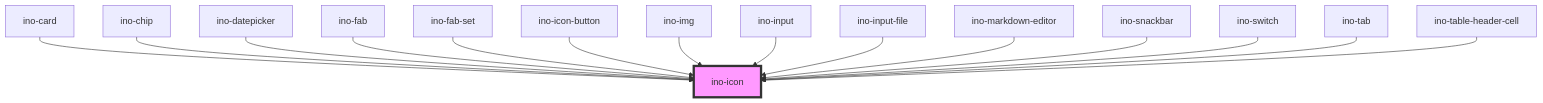
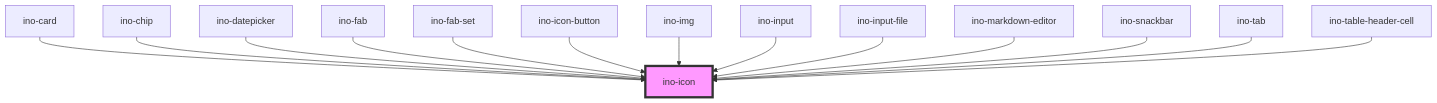
One commit to inovex/elements changed the diagram in packages/elements/src/components/ino-icon/readme.md. Above: the diagram before and after it, drawn with Mermaid. The commit also changed other lines of this file and 8 other files, not shown here.

````diff
--- a/packages/elements/src/components/ino-icon/readme.md
+++ b/packages/elements/src/components/ino-icon/readme.md
@@ -141,18 +140,17 @@
 ```mermaid
 graph TD;
   ino-card --> ino-icon
   ino-chip --> ino-icon
   ino-datepicker --> ino-icon
   ino-fab --> ino-icon
   ino-fab-set --> ino-icon
   ino-icon-button --> ino-icon
   ino-img --> ino-icon
   ino-input --> ino-icon
   ino-input-file --> ino-icon
   ino-markdown-editor --> ino-icon
   ino-snackbar --> ino-icon
-  ino-switch --> ino-icon
   ino-tab --> ino-icon
   ino-table-header-cell --> ino-icon
   style ino-icon fill:#f9f,stroke:#333,stroke-width:4px
 ```
````
